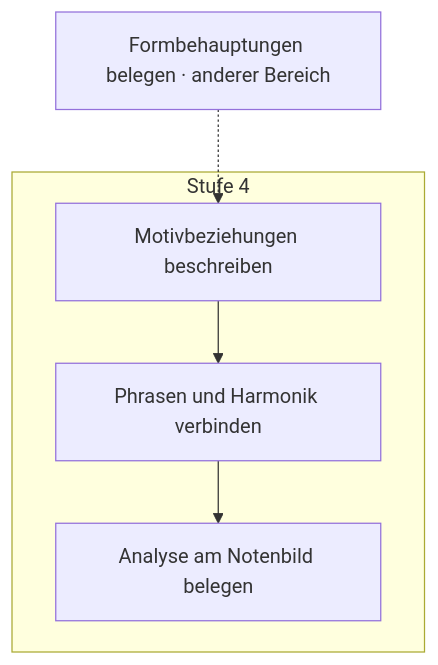
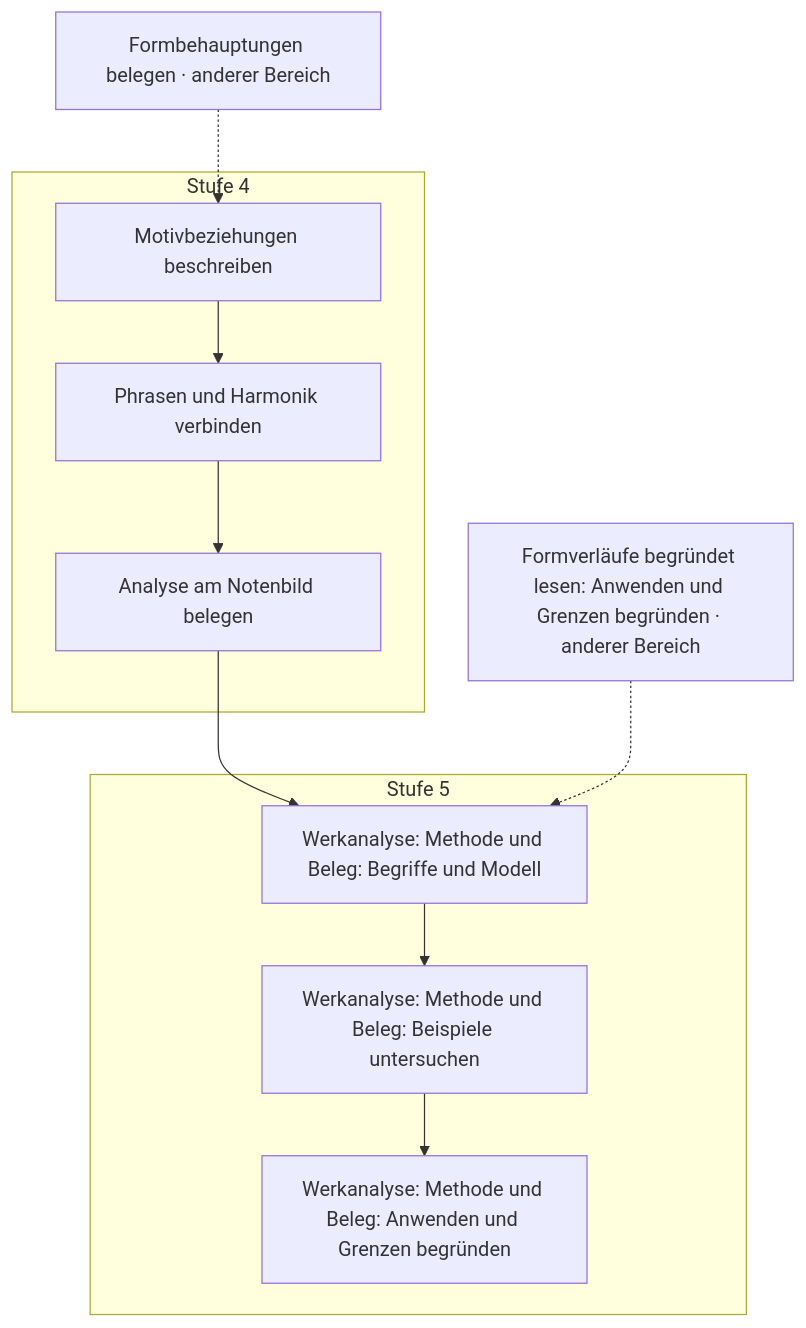
One commit to PhiFa96/harmonia changed diagram 15 of 19 in docs/plan/faehigkeitsgraph-diagramme.md. Above: the diagram before and after it, drawn with Mermaid. The commit also changed other lines of this file and 56 other files, not shown here.

````diff
--- a/docs/plan/faehigkeitsgraph-diagramme.md
+++ b/docs/plan/faehigkeitsgraph-diagramme.md
@@ -1056,12 +1095,22 @@
 ```mermaid
 flowchart TD
   subgraph level4["Stufe 4"]
     s147["Motivbeziehungen beschreiben"]
     s148["Phrasen und Harmonik verbinden"]
     s149["Analyse am Notenbild belegen"]
   end
+  subgraph level5["Stufe 5"]
+    s184["Werkanalyse: Methode und Beleg: Begriffe und Modell"]
+    s185["Werkanalyse: Methode und Beleg: Beispiele untersuchen"]
+    s186["Werkanalyse: Methode und Beleg: Anwenden und Grenzen begründen"]
+  end
   s146["Formbehauptungen belegen · anderer Bereich"]
+  s183["Formverläufe begründet lesen: Anwenden und Grenzen begründen · anderer Bereich"]
   s146 -.-> s147
   s147 --> s148
   s148 --> s149
+  s149 --> s184
+  s183 -.-> s184
+  s184 --> s185
+  s185 --> s186
 ```
````
